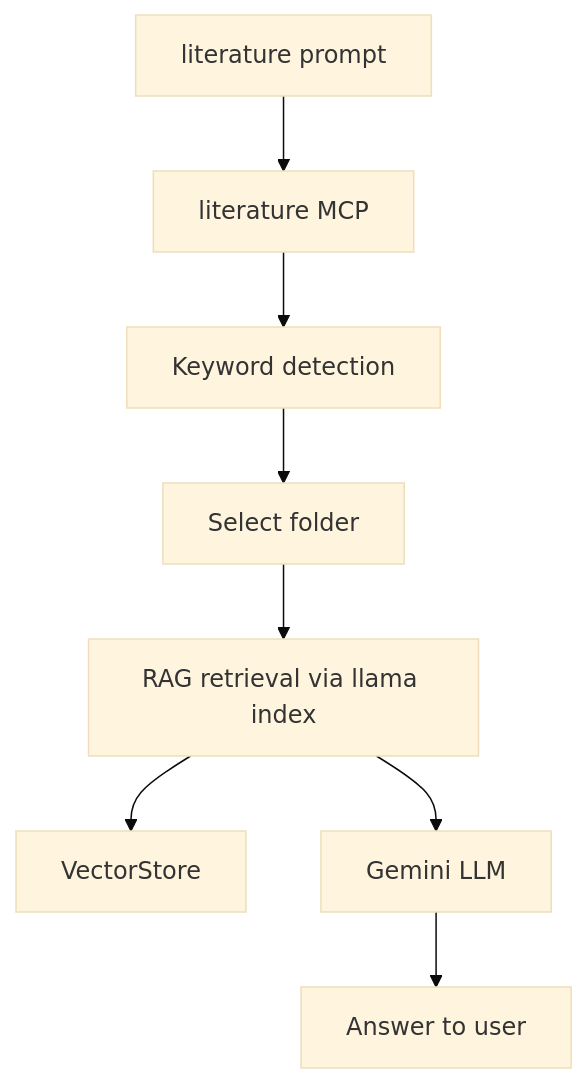
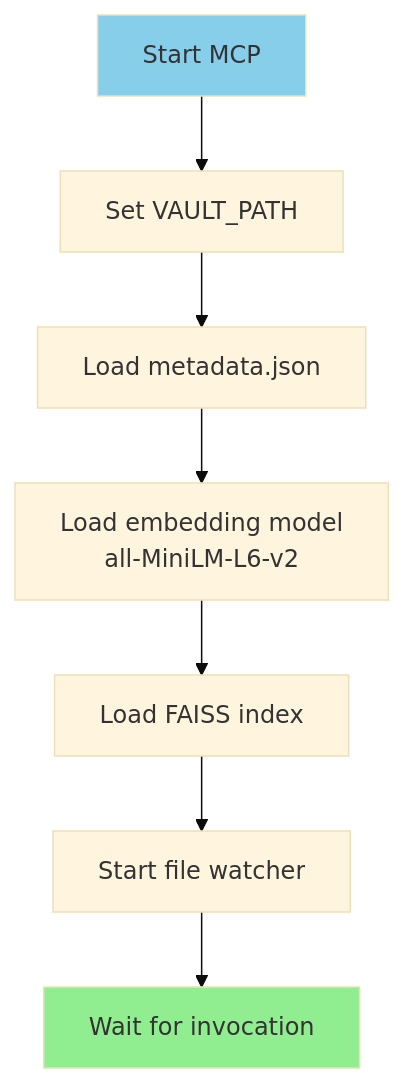
The first of 4 diagrams in README.md (nonlinear/librarian), drawn with Mermaid (base theme) before and after one commit. The commit also changed other lines of this file and 3 other files, not shown here.

````diff
--- a/README.md
+++ b/README.md
@@ -15,12 +102,12 @@
 ```mermaid
 graph TD
-  p1[literature prompt]
-  m1[literature MCP]
-  p1 --> m1
-  m1 --> k1[Keyword detection]
-  k1 --> f1[Select folder]
-  f1 --> r1[RAG retrieval via llama index]
-  r1 --> v1[VectorStore]
-  r1 --> l1[Gemini LLM]
-  l1 --> u1[Answer to user]
+  START[Start MCP] --> VAULT[Set VAULT_PATH]
+  VAULT --> META[Load metadata.json]
+  META --> EMB[Load embedding model<br/>all-MiniLM-L6-v2]
+  EMB --> VEC[Load FAISS index]
+  VEC --> WATCH[Start file watcher]
+  WATCH --> WAIT[Wait for invocation]
+
+  style WAIT fill:#90EE90
+  style START fill:#87CEEB
 ```
````
